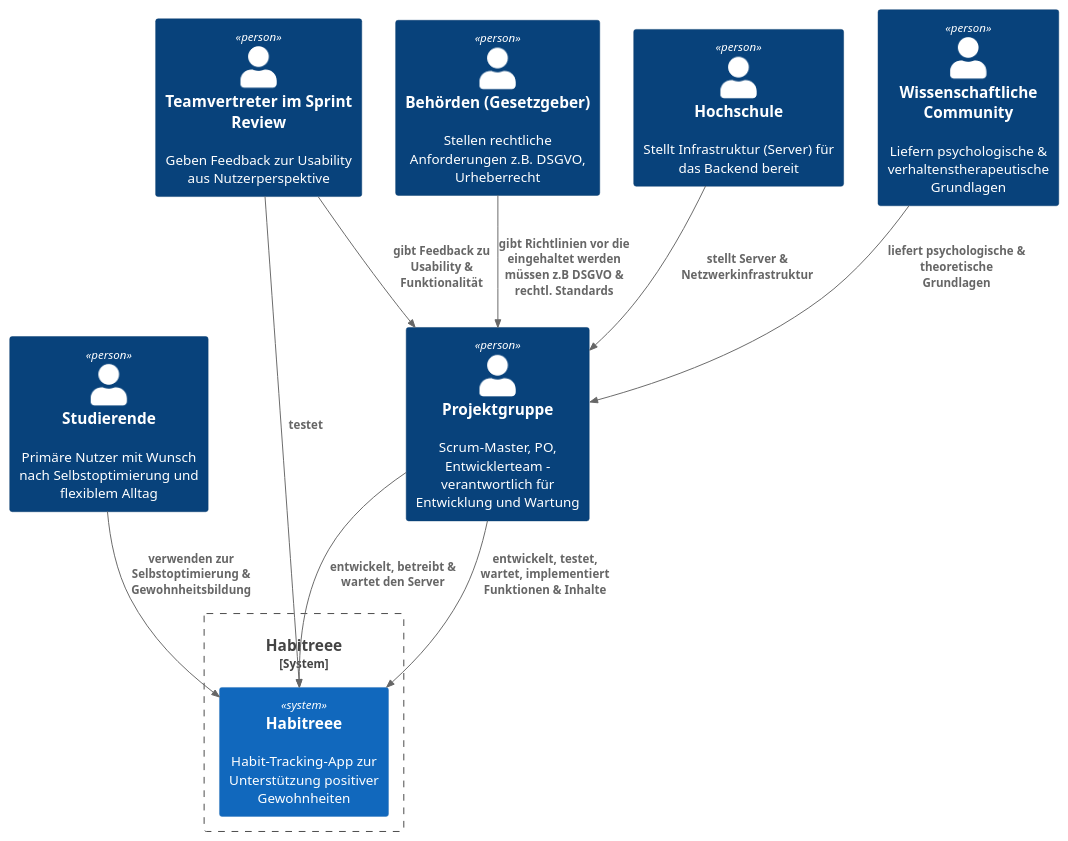
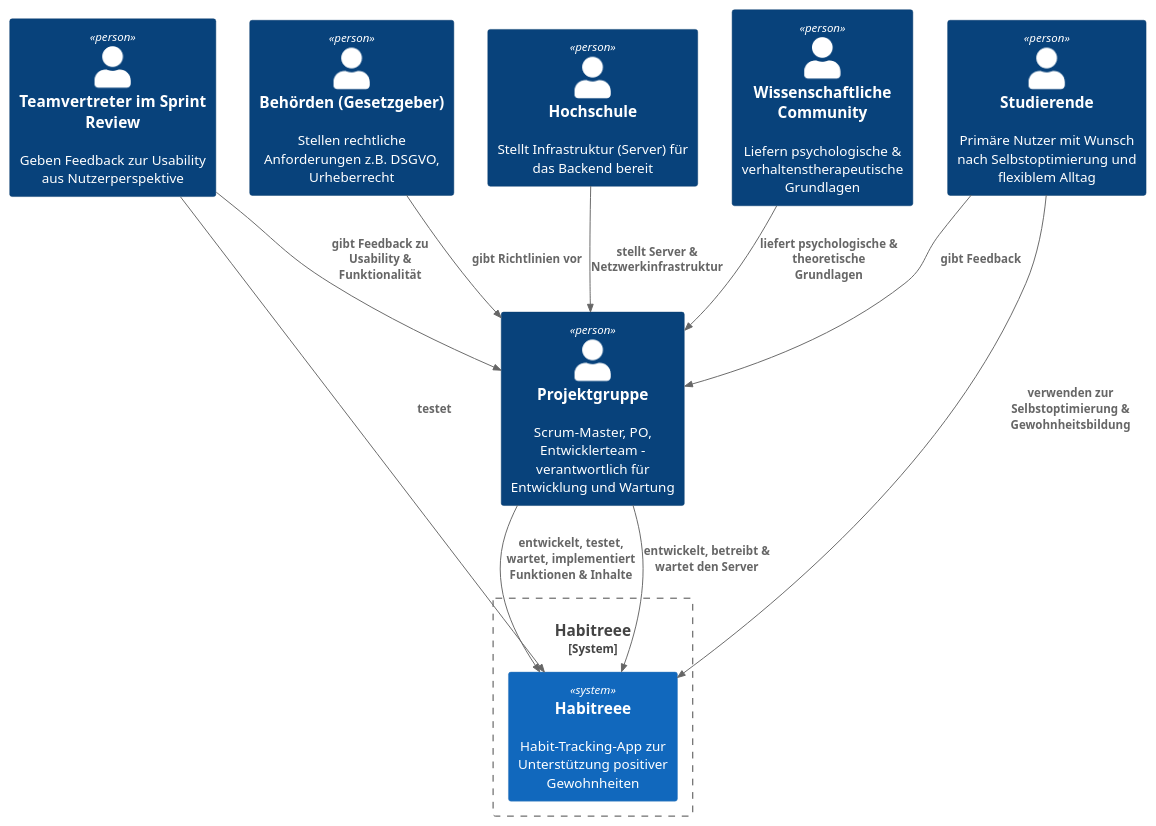
The diagram in docs/architecture/plantuml/c4-habitree-level1.plantuml (laurenzzzzzz/htwd-se1-habitree), drawn with PlantUML before and after one commit. The commit also changed 1 other file, not shown here.

Commit message:
Update C4-Level1 (architecture_notebook.adoc)

```diff
--- a/docs/architecture/plantuml/c4-habitree-level1.plantuml
+++ b/docs/architecture/plantuml/c4-habitree-level1.plantuml
@@ -1,28 +1,31 @@
 @startuml C4-Level1
 !include https://raw.githubusercontent.com/plantuml-stdlib/C4-PlantUML/master/C4_Context.puml
 
 System_Boundary(s1, "Habitreee") {
   System(habitreee, "Habitreee", "Habit-Tracking-App zur Unterstützung positiver Gewohnheiten")
 }
 
 ' Personen
-Person(studierende, "Studierende", "Primäre Nutzer mit Wunsch nach Selbstoptimierung und flexiblem Alltag")
+Person(hochschule, "Hochschule", "Stellt Infrastruktur (Server) für das Backend bereit")
+
 Person(projektgruppe, "Projektgruppe", "Scrum-Master, PO, Entwicklerteam – verantwortlich für Entwicklung und Wartung")
 Person(wissenschaft, "Wissenschaftliche Community", "Liefern psychologische & verhaltenstherapeutische Grundlagen")
 Person(teamvertreter, "Teamvertreter im Sprint Review", "Geben Feedback zur Usability aus Nutzerperspektive")
 Person(behörden, "Behörden (Gesetzgeber)", "Stellen rechtliche Anforderungen z.B. DSGVO, Urheberrecht")
-Person(hochschule, "Hochschule", "Stellt Infrastruktur (Server) für das Backend bereit")
+Person(studierende, "Studierende", "Primäre Nutzer mit Wunsch nach Selbstoptimierung und flexiblem Alltag")
+
 
 
 ' Beziehungen
-Rel(projektgruppe, habitreee, "entwickelt, betreibt & wartet den Server")
+Rel(teamvertreter, habitreee, "testet")
+Rel(studierende, projektgruppe, "gibt Feedback")
 Rel(studierende, habitreee, "verwenden zur Selbstoptimierung & Gewohnheitsbildung")
-Rel(teamvertreter, habitreee, "testet")
 Rel(teamvertreter, projektgruppe, "gibt Feedback zu Usability & Funktionalität")
-Rel(behörden, projektgruppe, "gibt Richtlinien vor die eingehaltet werden müssen z.B DSGVO & rechtl. Standards")
+Rel(behörden, projektgruppe, "gibt Richtlinien vor")
 Rel(wissenschaft, projektgruppe, "liefert psychologische & theoretische Grundlagen")
 Rel(projektgruppe, habitreee, "entwickelt, testet, wartet, implementiert Funktionen & Inhalte")
+Rel(projektgruppe, habitreee, "entwickelt, betreibt & wartet den Server")
 Rel(hochschule, projektgruppe, "stellt Server & Netzwerkinfrastruktur")
 
 
 @enduml
```
